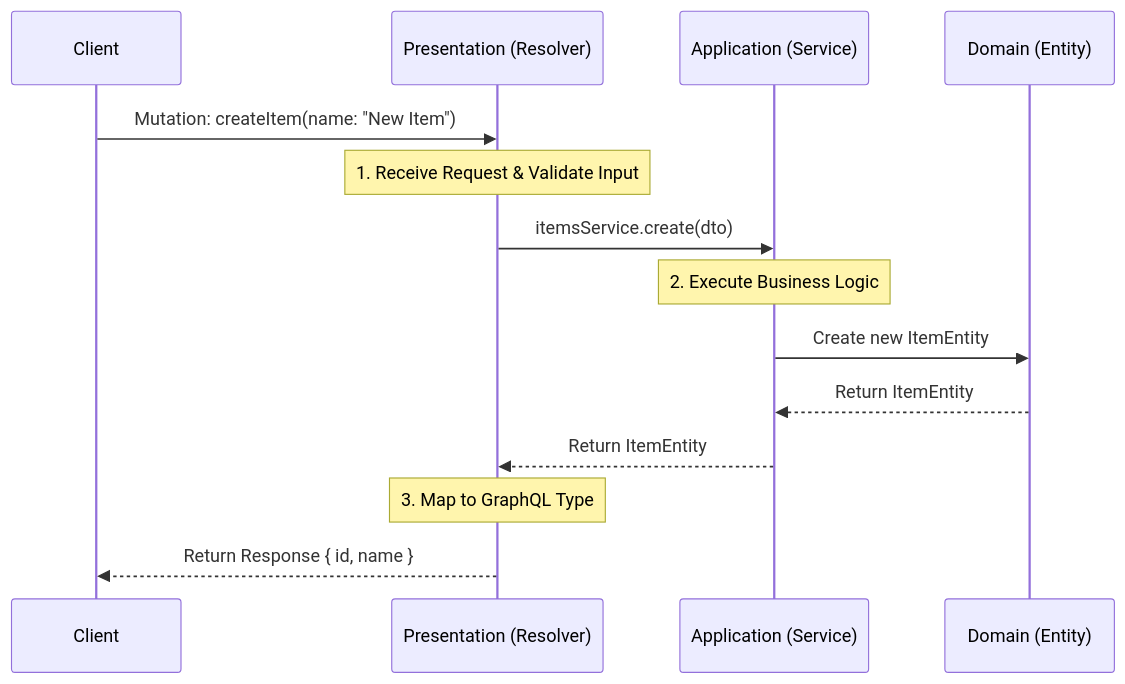
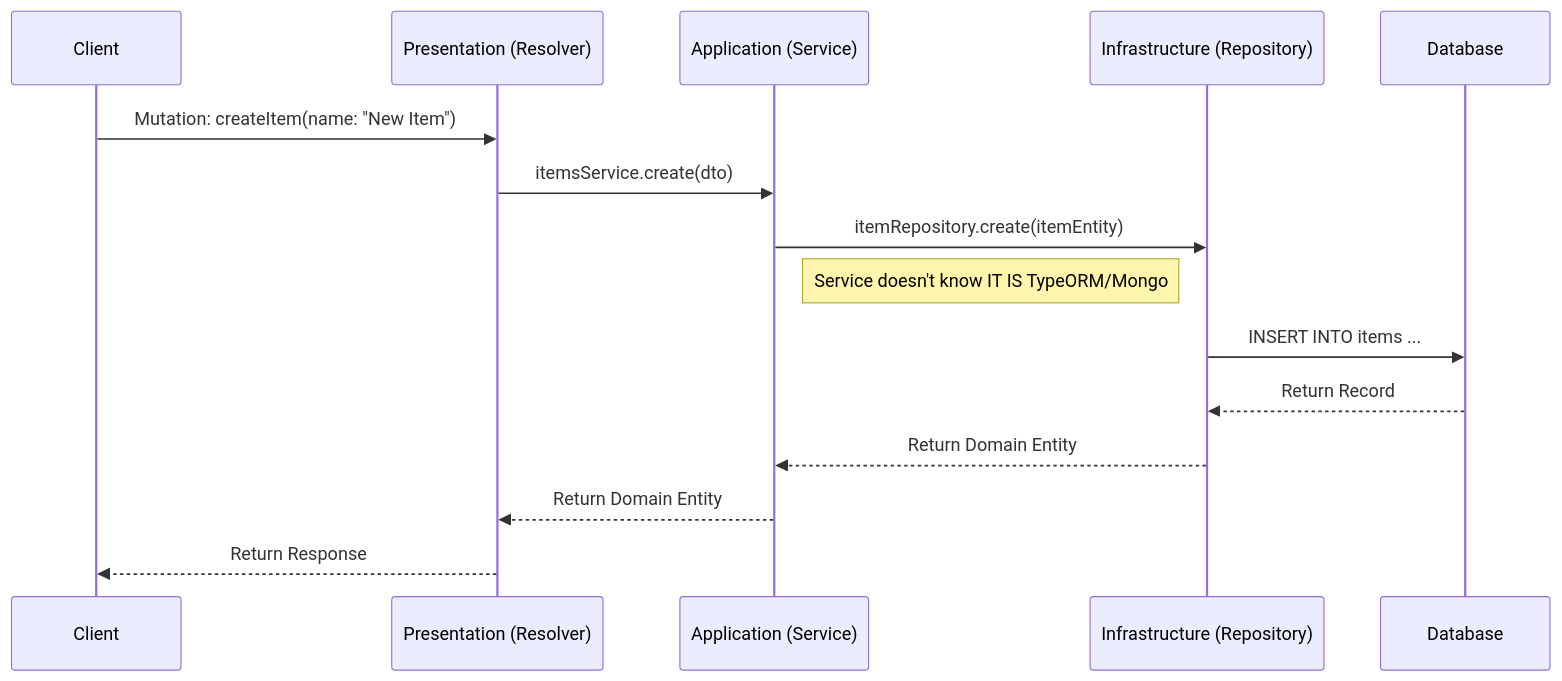
One commit to azharkhan93/NestjsGqlTest changed the diagram in docs.md. Above: the diagram before and after it, drawn with Mermaid. The commit also changed other lines of this file and 19 other files, not shown here.

Commit message:
feat: Implement repository pattern for item module with in-memory persistence, mappers, and updated documentation.

````diff
--- a/docs.md
+++ b/docs.md
@@ -53,17 +62,18 @@
 ```mermaid
 sequenceDiagram
     participant Client
     participant Resolver as Presentation (Resolver)
     participant Service as Application (Service)
-    participant Domain as Domain (Entity)
+    participant Repo as Infrastructure (Repository)
+    participant DB as Database
 
     Client->>Resolver: Mutation: createItem(name: "New Item")
-    Note over Resolver: 1. Receive Request & Validate Input
     Resolver->>Service: itemsService.create(dto)
-    Note over Service: 2. Execute Business Logic
-    Service->>Domain: Create new ItemEntity
-    Domain-->>Service: Return ItemEntity
-    Service-->>Resolver: Return ItemEntity
-    Note over Resolver: 3. Map to GraphQL Type
-    Resolver-->>Client: Return Response { id, name }
+    Service->>Repo: itemRepository.create(itemEntity)
+    Note right of Service: Service doesn't know IT IS TypeORM/Mongo
+    Repo->>DB: INSERT INTO items ...
+    DB-->>Repo: Return Record
+    Repo-->>Service: Return Domain Entity
+    Service-->>Resolver: Return Domain Entity
+    Resolver-->>Client: Return Response
 ```
````
